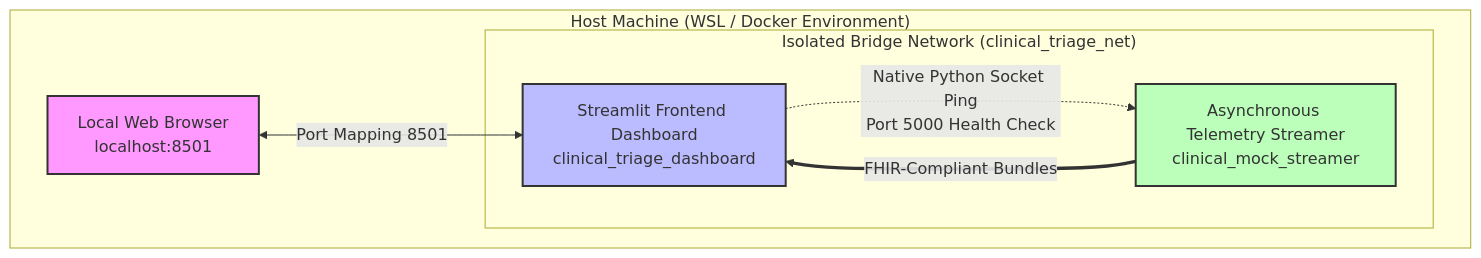
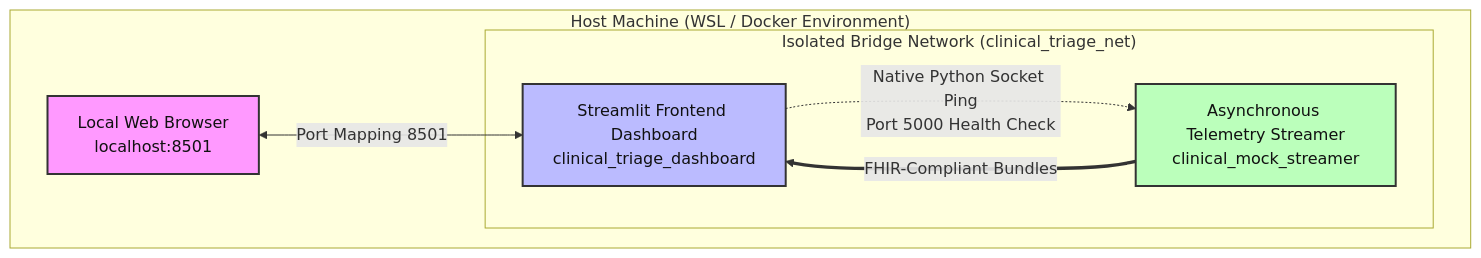
Before and after one commit to dammyoguntuyi-ui/Clinical-AI-Triage-Pipeline: the diagram in README.md, drawn with Mermaid.

Commit message:
docs: merge healthcare standards and clinical metrics into flowchart readme

````diff
--- a/README.md
+++ b/README.md
@@ -19,18 +19,18 @@
 ```mermaid
 graph TD
     subgraph "Host Machine (WSL / Docker Environment)"
         Browser["Local Web Browser<br>localhost:8501"] <--> |"Port Mapping 8501"| Dashboard
         
         subgraph "Isolated Bridge Network (clinical_triage_net)"
             Dashboard["Streamlit Frontend Dashboard<br>clinical_triage_dashboard"]
             Streamer["Asynchronous Telemetry Streamer<br>clinical_mock_streamer"]
             
             Dashboard -.-> |"Native Python Socket Ping<br>Port 5000 Health Check"| Streamer
             Streamer ===> |"FHIR-Compliant Bundles"| Dashboard
         end
     end
 
-    style Browser fill:#f9f,stroke:#333,stroke-width:2px
-    style Dashboard fill:#bbf,stroke:#333,stroke-width:2px
-    style Streamer fill:#bfb,stroke:#333,stroke-width:2px
+    style Browser fill:#f9f,stroke:#333,stroke-width:2px,color:#111
+    style Dashboard fill:#bbf,stroke:#333,stroke-width:2px,color:#111
+    style Streamer fill:#bfb,stroke:#333,stroke-width:2px,color:#111
 ```
````
